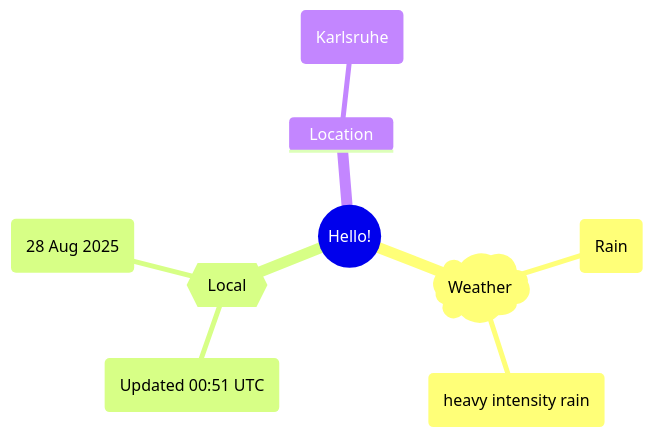
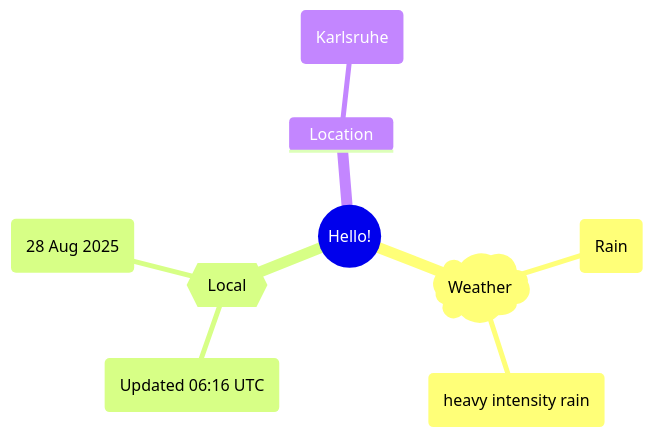
One commit to Xosrov/Xosrov changed the first of 2 diagrams in README.md. Above: the diagram before and after it, drawn with Mermaid.

Commit message:
[bot] updated images

````diff
--- a/README.md
+++ b/README.md
@@ -3,12 +3,12 @@
 ```mermaid
 mindmap
   root((Hello!))
     )Weather(
         (Rain)
         (heavy intensity rain)
     {{Local}}
-        (Updated 00:51 UTC)
+        (Updated 06:16 UTC)
         (28 Aug 2025)
     Location
         (Karlsruhe)
 ```
````
